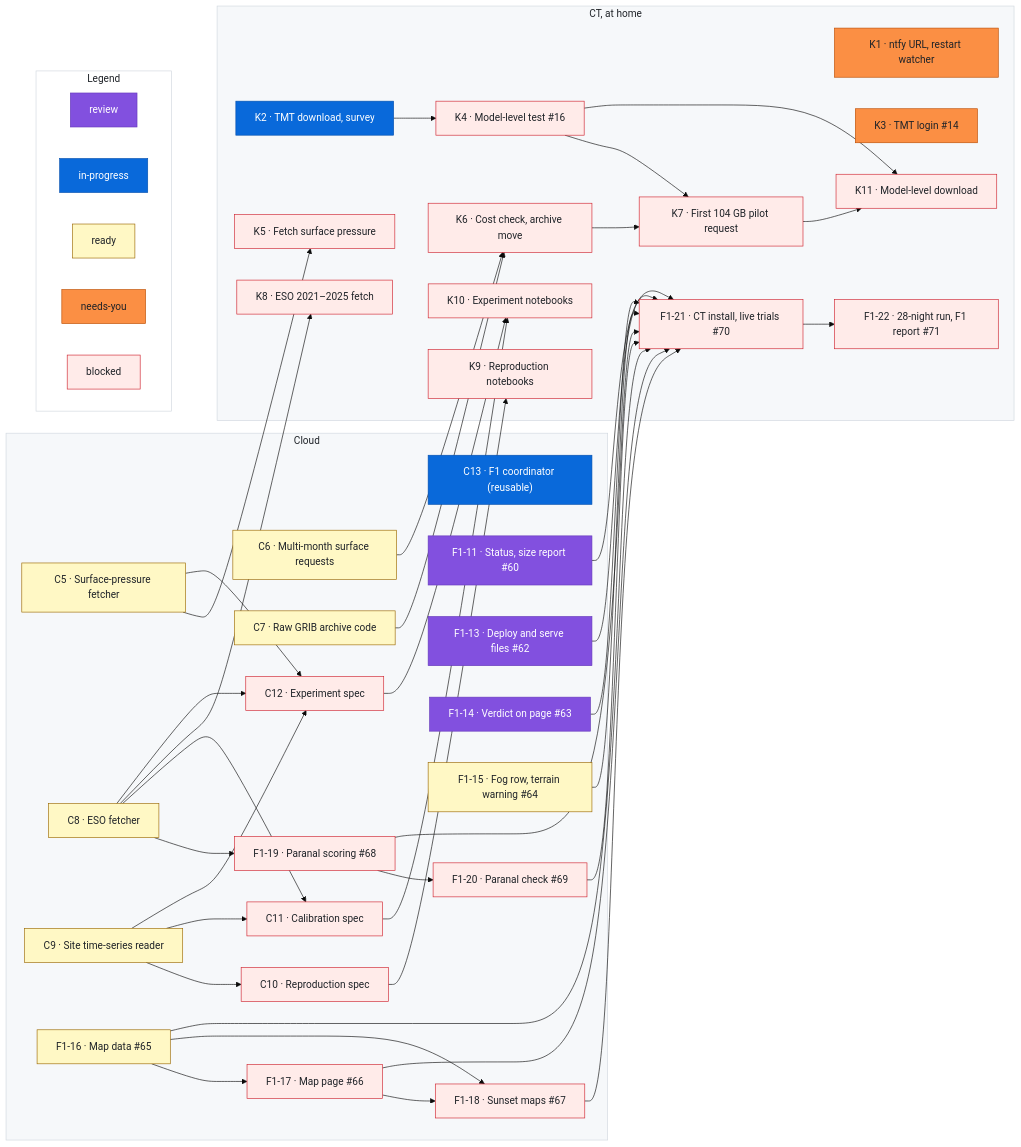
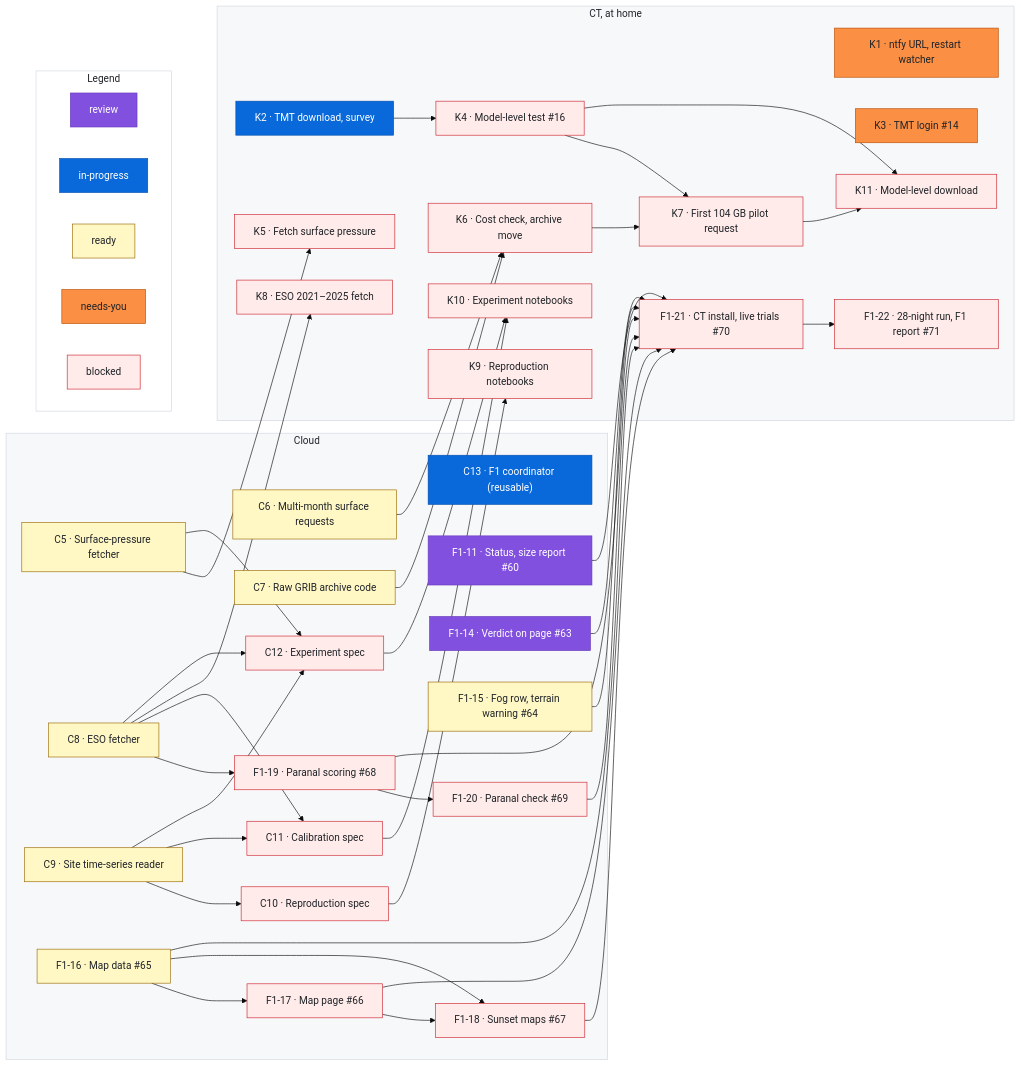
The diagram in docs/roadmap.md (rrweller/Astro-seeing), drawn with Mermaid (base theme) before and after one commit. The commit also changed other lines of this file, not shown here.

Commit message:
roadmap: remove F1-13 (#90 merged)

```diff
--- a/docs/roadmap.md
+++ b/docs/roadmap.md
@@ -97,7 +95,6 @@
     C12["C12 · Experiment spec"]
     C13["C13 · F1 coordinator (reusable)"]
     F1_11["F1-11 · Status, size report #60"]
-    F1_13["F1-13 · Deploy and serve files #62"]
     F1_14["F1-14 · Verdict on page #63"]
     F1_15["F1-15 · Fog row, terrain warning #64"]
     F1_16["F1-16 · Map data #65"]
@@ -127,7 +124,6 @@
   C8 --> F1_19
   F1_19 --> F1_20
   F1_11 --> F1_21
-  F1_13 --> F1_21
   F1_14 --> F1_21
   F1_15 --> F1_21
   F1_16 --> F1_21
@@ -189,8 +185,6 @@
   %% ---
   class F1_11 review
   %% ---
-  class F1_13 review
-  %% ---
   class F1_14 review
   %% ---
   class F1_15 ready
```
